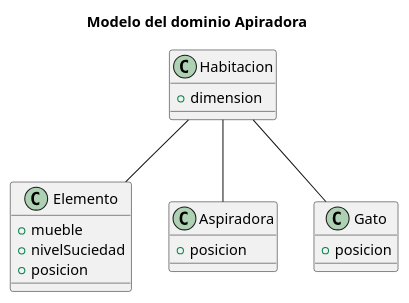
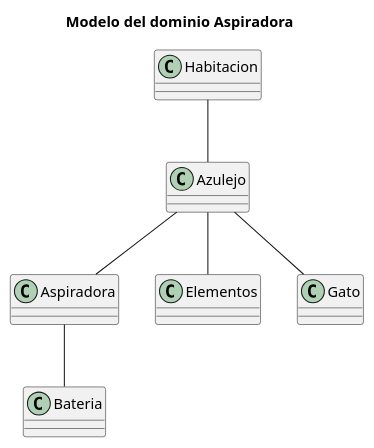
The diagram in modelosUML/DiagramaDelDominio.puml (mmasias/23-24-IdSw2-SDD), drawn with PlantUML before and after one commit. The commit also changed 2 other files, not shown here.

Commit message:
Nuevo Modelo de Dominio

```diff
--- a/modelosUML/DiagramaDelDominio.puml
+++ b/modelosUML/DiagramaDelDominio.puml
@@ -1,30 +1,36 @@
 @startuml
-title Modelo del dominio Apiradora
 
-class Habitacion {
+title Modelo del dominio Aspiradora
 
-    +dimension
+class Habitacion { 
+
 }
 
-class Elemento { 
+Class Azulejo {  
 
-    +mueble
-    +nivelSuciedad
-    +posicion
 }
 
-class Aspiradora {
+class Aspiradora { 
 
-    +posicion
 }
 
-class Gato {
+class Elementos  { 
 
-    +posicion 
 }
 
-Habitacion -- Elemento
-Habitacion -- Aspiradora
-Habitacion -- Gato
+class Gato { 
+
+}
+
+class Bateria { 
+}
+
+Habitacion -- Azulejo
+
+
+Azulejo -- Aspiradora
+Azulejo--Elementos 
+Azulejo -- Gato
+Aspiradora -- Bateria
 
 @enduml
```
